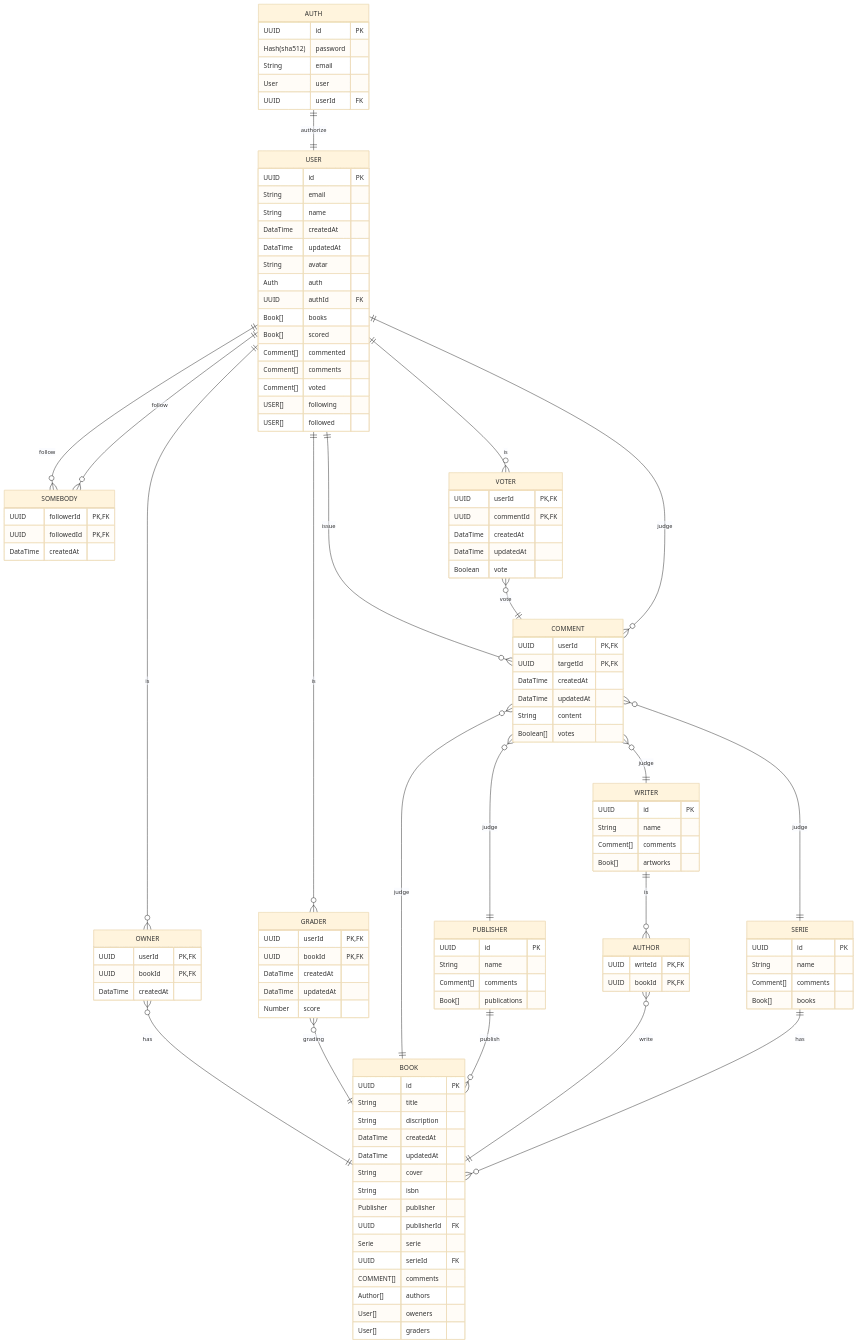
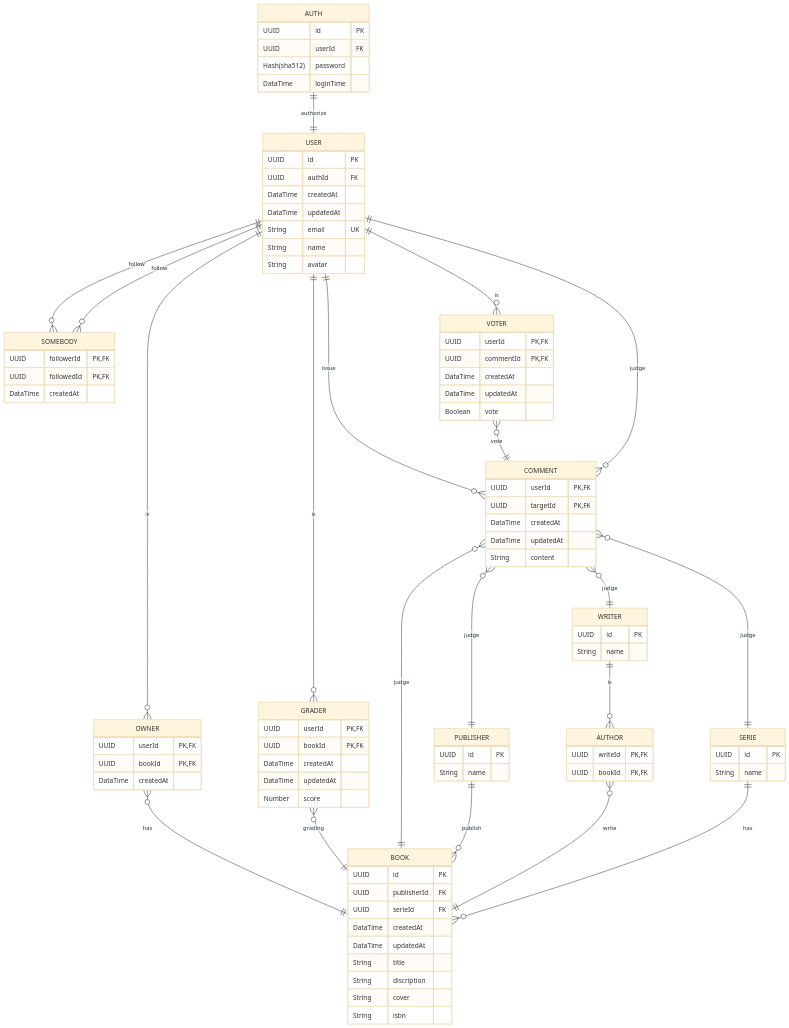
Before and after one commit to mogeko/book-exchange: the diagram in packages/database/README.md, drawn with Mermaid (base theme).

Commit message:
docs: remove redundant information

````diff
--- a/packages/database/README.md
+++ b/packages/database/README.md
@@ -10,11 +10,10 @@
 erDiagram
   AUTH ||--|| USER : authorize
   AUTH {
-    UUID         id       PK
+    UUID         id        PK
+    UUID         userId    FK
     Hash(sha512) password
-    String       email
-    User         user
-    UUID         userId   FK
+    DataTime     loginTime
   }
   USER ||--o{ OWNER : is
   USER ||--o{ SOMEBODY : follow
@@ -23,20 +22,12 @@
   USER ||--o{ GRADER : is
   USER {
     UUID      id        PK
-    String    email
-    String    name
+    UUID      authId    FK
     DataTime  createdAt
     DataTime  updatedAt
+    String    email     UK
+    String    name
     String    avatar
-    Auth      auth
-    UUID      authId    FK
-    Book[]    books
-    Book[]    scored
-    Comment[] commented
-    Comment[] comments
-    Comment[] voted
-    USER[]    following
-    USER[]    followed
   }
   OWNER }o--|| BOOK : has
   OWNER {
@@ -77,21 +68,16 @@
     DataTime  createdAt
     DataTime  updatedAt
     String    content
-    Boolean[] votes
   }
   PUBLISHER ||--o{ BOOK : publish
   PUBLISHER {
     UUID      id           PK
     String    name
-    Comment[] comments
-    Book[]    publications
   }
   WRITER ||--o{ AUTHOR : is
   WRITER {
     UUID      id       PK
     String    name
-    Comment[] comments
-    Book[]    artworks
   }
   AUTHOR }o--|| BOOK : write
   AUTHOR {
@@ -100,26 +86,18 @@
   }
   SERIE ||--o{ BOOK : has
   SERIE {
-    UUID      id    PK
+    UUID      id       PK
     String    name
-    Comment[] comments
-    Book[]    books
   }
   BOOK {
     UUID      id          PK
+    UUID      publisherId FK
+    UUID      serieId     FK
+    DataTime  createdAt
+    DataTime  updatedAt
     String    title
     String    discription
-    DataTime  createdAt
-    DataTime  updatedAt
     String    cover
     String    isbn
-    Publisher publisher
-    UUID      publisherId FK
-    Serie     serie
-    UUID      serieId     FK
-    COMMENT[] comments
-    Author[]  authors
-    User[]    oweners
-    User[]    graders
   }
 ```
````
